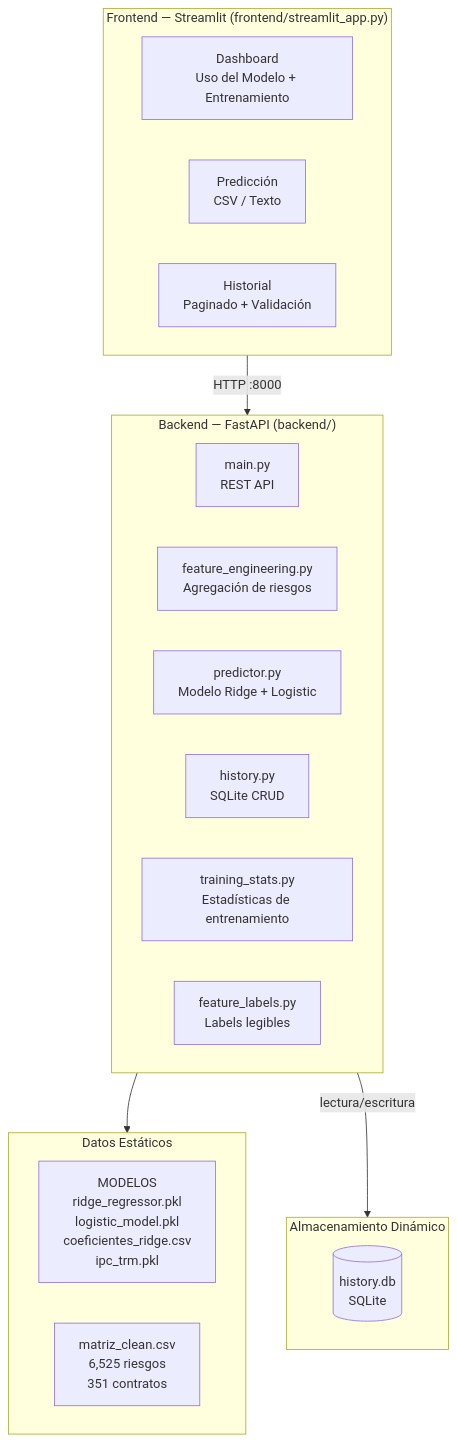
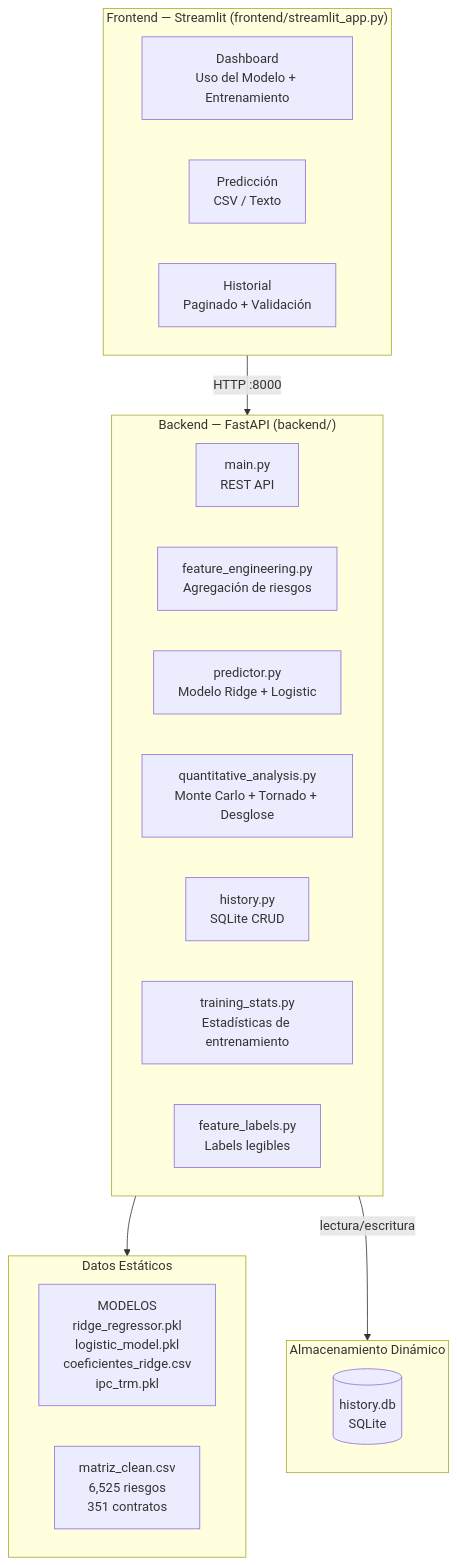
One commit to sanan1297/risk_project changed the first of 7 diagrams in docs/proceso.md. Above: the diagram before and after it, drawn with Mermaid. The commit also changed other lines of this file and 5 other files, not shown here.

````diff
--- a/docs/proceso.md
+++ b/docs/proceso.md
@@ -285,30 +285,31 @@
 ```mermaid
 graph TB
     subgraph Frontend["Frontend — Streamlit (frontend/streamlit_app.py)"]
         DASH[Dashboard<br/>Uso del Modelo + Entrenamiento]
         PRED[Predicción<br/>CSV / Texto]
         HIST[Historial<br/>Paginado + Validación]
     end
 
     subgraph Backend["Backend — FastAPI (backend/)"]
         API[main.py<br/>REST API]
         FE[feature_engineering.py<br/>Agregación de riesgos]
         PREDICT[predictor.py<br/>Modelo Ridge + Logistic]
+        QA[quantitative_analysis.py<br/>Monte Carlo + Tornado + Desglose]
         HISTDB[history.py<br/>SQLite CRUD]
         TRAIN[training_stats.py<br/>Estadísticas de entrenamiento]
         LABELS[feature_labels.py<br/>Labels legibles]
     end
 
     subgraph Data["Datos Estáticos"]
         M[MODELOS<br/>ridge_regressor.pkl<br/>logistic_model.pkl<br/>coeficientes_ridge.csv<br/>ipc_trm.pkl]
         MAT[matriz_clean.csv<br/>6,525 riesgos<br/>351 contratos]
     end
 
     subgraph Storage["Almacenamiento Dinámico"]
         DB[(history.db<br/>SQLite)]
     end
 
     Frontend -->|HTTP :8000| Backend
     Backend --> Data
     Backend -->|lectura/escritura| Storage
 ```
````
